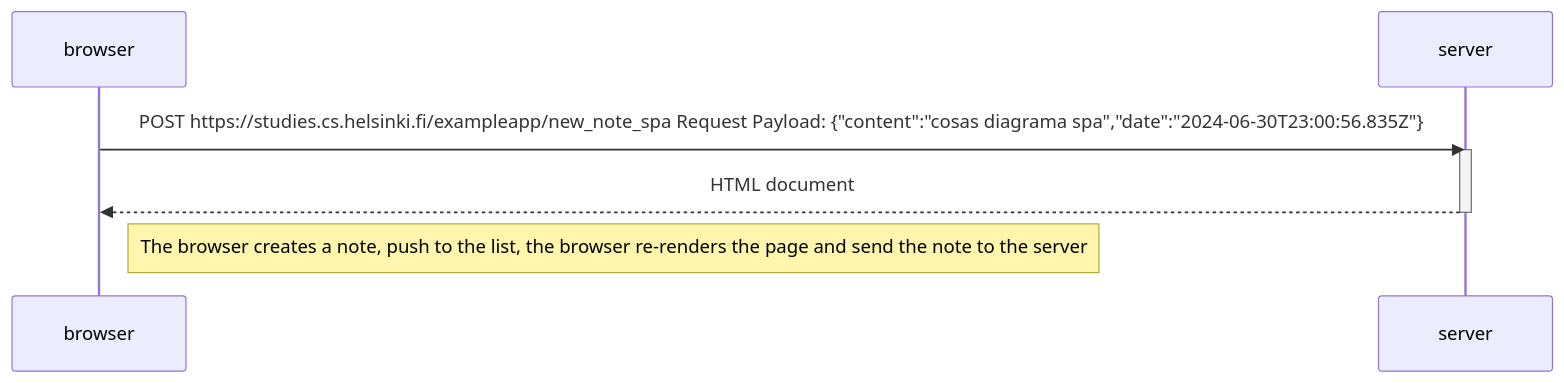
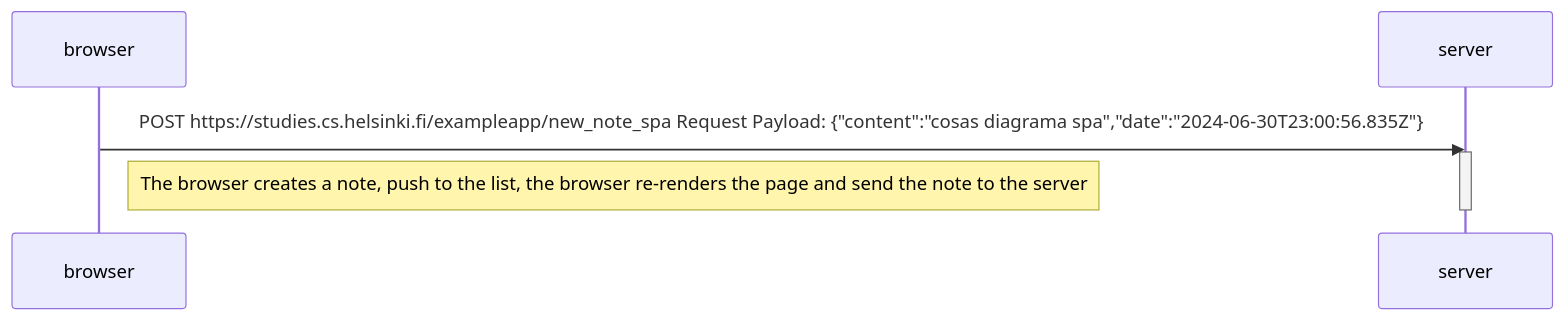
One commit to iyustlop/fullstackopen changed the diagram in part0/diagram_notes_spa.md. Above: the diagram before and after it, drawn with Mermaid.

Commit message:
fix diagrm spa

````diff
--- a/part0/diagram_notes_spa.md
+++ b/part0/diagram_notes_spa.md
@@ -1,13 +1,11 @@
 ```mermaid
 sequenceDiagram
     participant browser
     participant server
 
     browser->>server: POST https://studies.cs.helsinki.fi/exampleapp/new_note_spa Request Payload: {"content":"cosas diagrama spa","date":"2024-06-30T23:00:56.835Z"}
     activate server
-    server-->>browser: HTML document
+    Note right of browser: The browser creates a note, push to the list, the browser re-renders the page and send the note to the server
     deactivate server
 
-    Note right of browser: The browser creates a note, push to the list, the browser re-renders the page and send the note to the server
-
 ```
````
